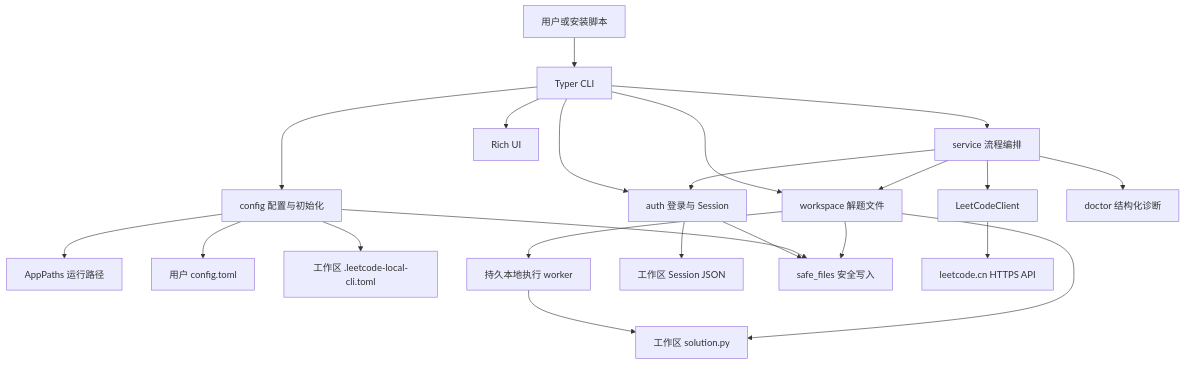
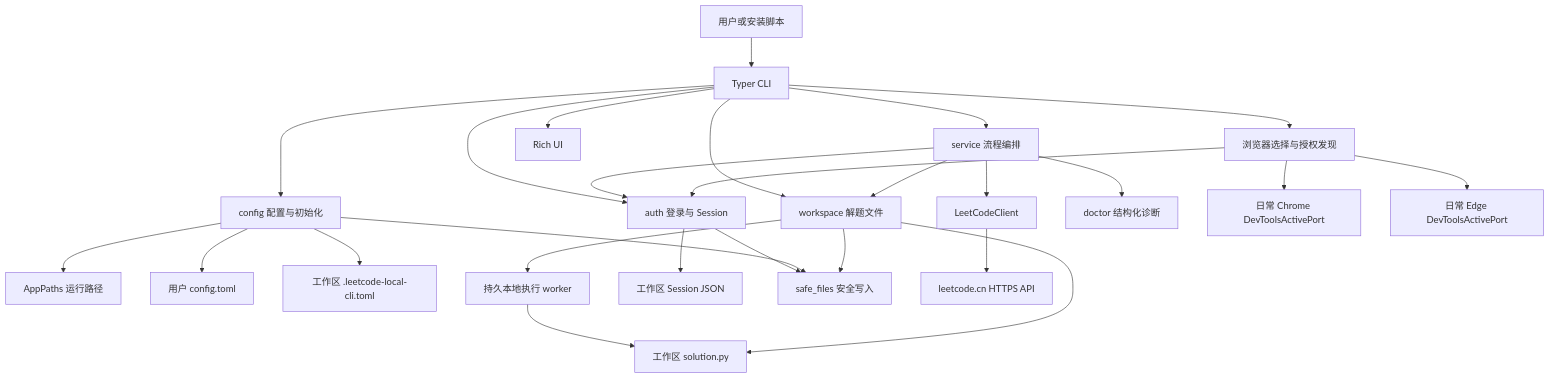
The diagram in docs/ARCHITECTURE.md (Aetherialter/leetcode-cn-local-cli), drawn with Mermaid before and after one commit. The commit also changed other lines of this file and 18 other files, not shown here.

````diff
--- a/docs/ARCHITECTURE.md
+++ b/docs/ARCHITECTURE.md
@@ -11,24 +11,28 @@
 ```mermaid
 flowchart TD
     USER["用户或安装脚本"] --> CLI["Typer CLI"]
     CLI --> CONFIG["config 配置与初始化"]
     CONFIG --> PATHS["AppPaths 运行路径"]
     CONFIG --> USERCFG["用户 config.toml"]
     CONFIG --> WORKCFG["工作区 .leetcode-local-cli.toml"]
     CLI --> SERVICE["service 流程编排"]
     CLI --> AUTH["auth 登录与 Session"]
+    CLI --> BROWSER["浏览器选择与授权发现"]
     CLI --> WORKSPACE["workspace 解题文件"]
     SERVICE --> AUTH
     SERVICE --> CLIENT["LeetCodeClient"]
     SERVICE --> DOCTOR["doctor 结构化诊断"]
     SERVICE --> WORKSPACE
     WORKSPACE --> TESTRUNNER["持久本地执行 worker"]
     TESTRUNNER --> SOLUTION
     AUTH --> SESSION["工作区 Session JSON"]
+    BROWSER --> CHROME["日常 Chrome DevToolsActivePort"]
+    BROWSER --> EDGE["日常 Edge DevToolsActivePort"]
+    BROWSER --> AUTH
     WORKSPACE --> SOLUTION["工作区 solution.py"]
     AUTH --> SAFEFILES["safe_files 安全写入"]
     CONFIG --> SAFEFILES
     WORKSPACE --> SAFEFILES
     CLIENT --> CN["leetcode.cn HTTPS API"]
     CLI --> UI["Rich UI"]
 ```
````
